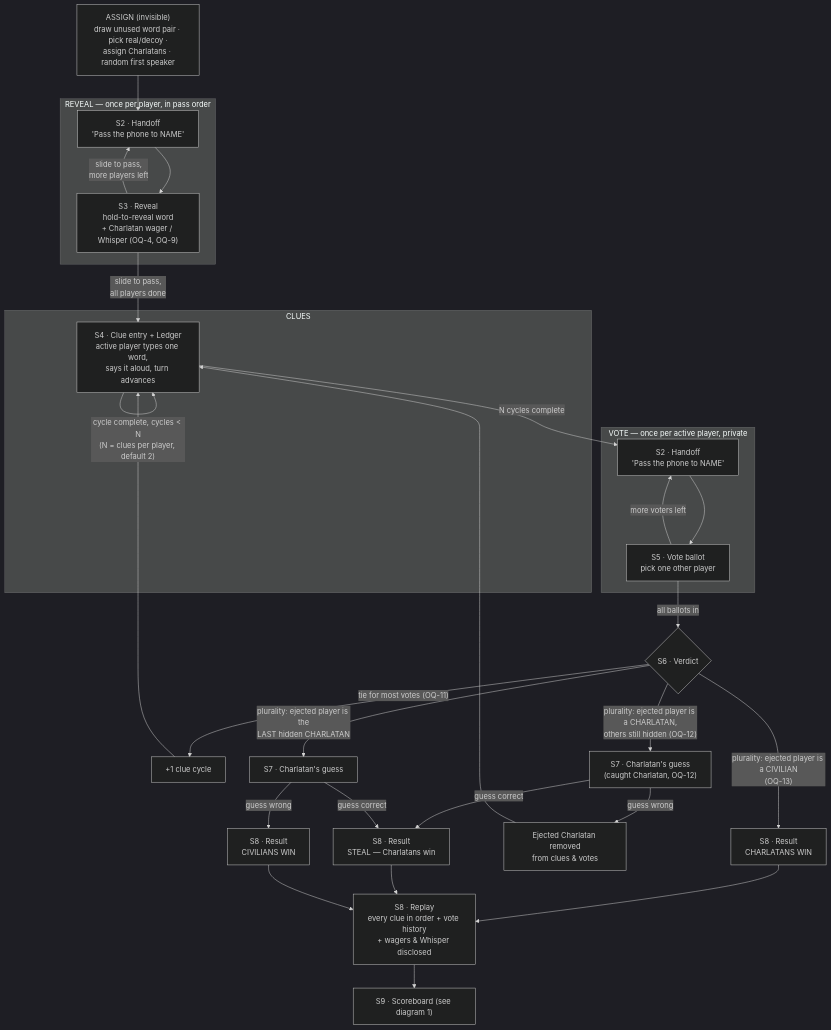
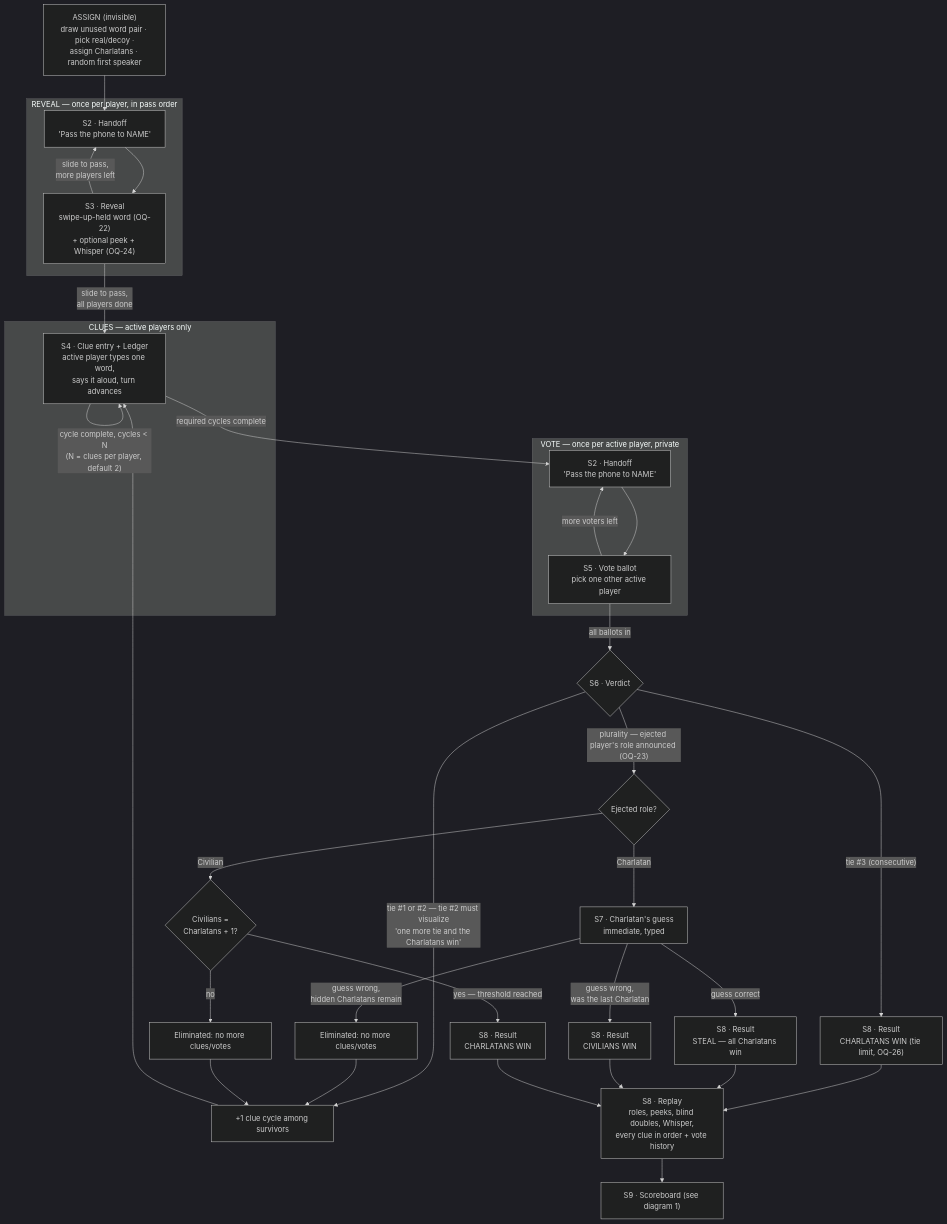
One commit to jalieven/charlatan changed the second of 4 diagrams in docs/02-flows.md. Above: the diagram before and after it, drawn with Mermaid (dark theme). The commit also changed other lines of this file and 4 other files, not shown here.

````diff
--- a/docs/02-flows.md
+++ b/docs/02-flows.md
@@ -29,38 +28,42 @@
 ```mermaid
 flowchart TD
     Assign["ASSIGN (invisible)<br/>draw unused word pair · pick real/decoy ·<br/>assign Charlatans · random first speaker"]
     Assign --> H1["S2 · Handoff<br/>'Pass the phone to NAME'"]
 
     subgraph RevealLoop["REVEAL — once per player, in pass order"]
-        H1 --> S3["S3 · Reveal<br/>hold-to-reveal word<br/>+ Charlatan wager / Whisper (OQ-4, OQ-9)"]
+        H1 --> S3["S3 · Reveal<br/>swipe-up-held word (OQ-22)<br/>+ optional peek + Whisper (OQ-24)"]
         S3 -->|slide to pass,<br/>more players left| H1
     end
     S3 -->|slide to pass,<br/>all players done| Clues
 
-    subgraph ClueLoop["CLUES"]
+    subgraph ClueLoop["CLUES — active players only"]
         Clues["S4 · Clue entry + Ledger<br/>active player types one word,<br/>says it aloud, turn advances"]
         Clues -->|"cycle complete, cycles < N<br/>(N = clues per player, default 2)"| Clues
     end
-    Clues -->|N cycles complete| H2["S2 · Handoff<br/>'Pass the phone to NAME'"]
+    Clues -->|required cycles complete| H2["S2 · Handoff<br/>'Pass the phone to NAME'"]
 
     subgraph VoteLoop["VOTE — once per active player, private"]
-        H2 --> S5["S5 · Vote ballot<br/>pick one other player"]
+        H2 --> S5["S5 · Vote ballot<br/>pick one other active player"]
         S5 -->|more voters left| H2
     end
     S5 -->|all ballots in| S6{"S6 · Verdict"}
 
-    S6 -->|"tie for most votes (OQ-11)"| ExtraClue["+1 clue cycle"] --> Clues
-    S6 -->|"plurality: ejected player is a CIVILIAN<br/>(OQ-13)"| ResultCharlatans["S8 · Result<br/>CHARLATANS WIN"]
-    S6 -->|"plurality: ejected player is a CHARLATAN,<br/>others still hidden (OQ-12)"| Guess1["S7 · Charlatan's guess<br/>(caught Charlatan, OQ-12)"]
-    S6 -->|"plurality: ejected player is the<br/>LAST hidden CHARLATAN"| Guess2["S7 · Charlatan's guess"]
+    S6 -->|"tie #1 or #2 — tie #2 must visualize<br/>'one more tie and the Charlatans win'"| ExtraClue["+1 clue cycle among survivors"] --> Clues
+    S6 -->|"tie #3 (consecutive)"| ResultTies["S8 · Result<br/>CHARLATANS WIN (tie limit, OQ-26)"]
+    S6 -->|"plurality — ejected player's role announced (OQ-23)"| Role{"Ejected role?"}
 
-    Guess1 -->|guess correct| ResultSteal["S8 · Result<br/>STEAL — Charlatans win"]
-    Guess1 -->|guess wrong| MarkOut["Ejected Charlatan removed<br/>from clues & votes"] --> Clues
-    Guess2 -->|guess correct| ResultSteal
-    Guess2 -->|guess wrong| ResultCivilians["S8 · Result<br/>CIVILIANS WIN"]
+    Role -->|Charlatan| Guess["S7 · Charlatan's guess<br/>immediate, typed"]
+    Guess -->|guess correct| ResultSteal["S8 · Result<br/>STEAL — all Charlatans win"]
+    Guess -->|"guess wrong,<br/>hidden Charlatans remain"| Eliminate1["Eliminated: no more clues/votes"] --> ExtraClue
+    Guess -->|"guess wrong,<br/>was the last Charlatan"| ResultCiv["S8 · Result<br/>CIVILIANS WIN"]
 
-    ResultCharlatans --> Replay["S8 · Replay<br/>every clue in order + vote history<br/>+ wagers & Whisper disclosed"]
+    Role -->|Civilian| Threshold{"Civilians =<br/>Charlatans + 1?"}
+    Threshold -->|"yes — threshold reached"| ResultChar["S8 · Result<br/>CHARLATANS WIN"]
+    Threshold -->|no| Eliminate2["Eliminated: no more clues/votes"] --> ExtraClue
+
+    ResultTies --> Replay["S8 · Replay<br/>roles, peeks, blind doubles, Whisper,<br/>every clue in order + vote history"]
     ResultSteal --> Replay
-    ResultCivilians --> Replay
+    ResultCiv --> Replay
+    ResultChar --> Replay
     Replay --> Score["S9 · Scoreboard (see diagram 1)"]
 ```
````
